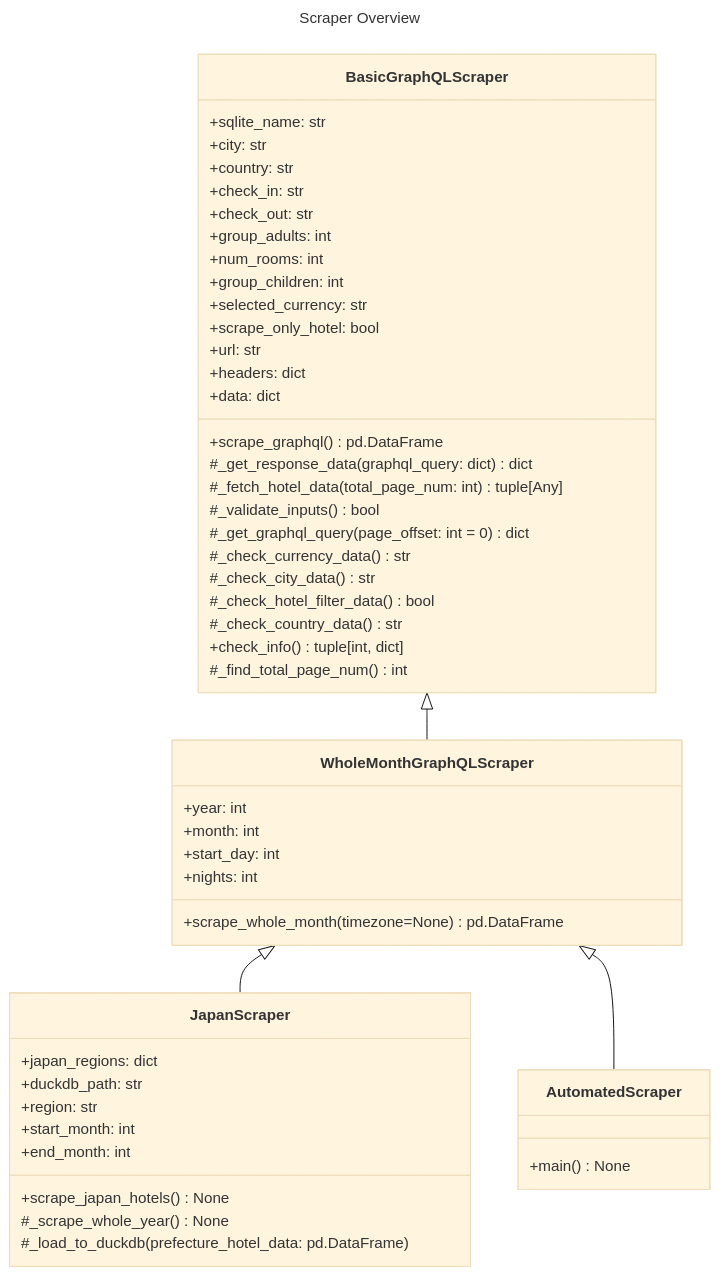
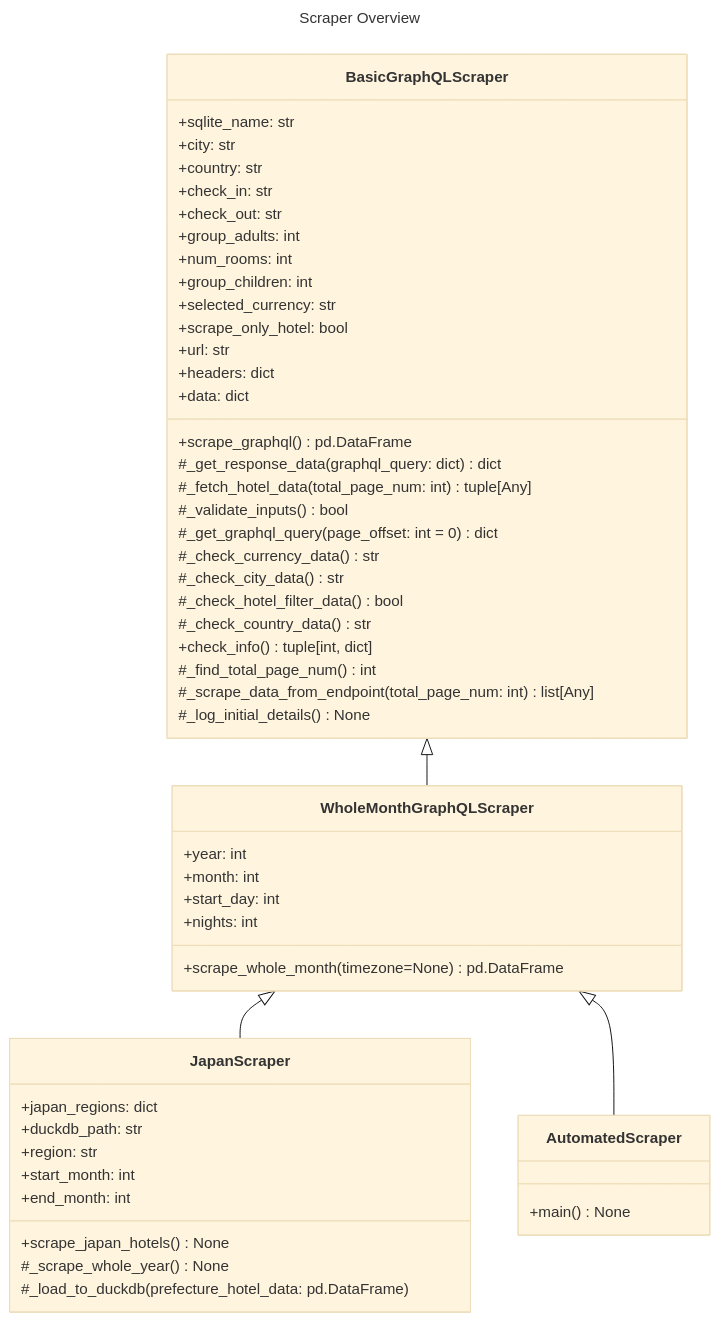
Before and after one commit to sakan811/Find-Osaka-Average-Hotel-Price: the diagram in docs/mermaid_charts/scraper.mermaid, drawn with Mermaid (base theme). The commit also changed 1 other file, not shown here.

Commit message:
docs: adjusted charts

```diff
--- a/docs/mermaid_charts/scraper.mermaid
+++ b/docs/mermaid_charts/scraper.mermaid
@@ -1,60 +1,62 @@
 ---
 title: Scraper Overview
 ---
 classDiagram
     class BasicGraphQLScraper {
         +sqlite_name: str
         +city: str
         +country: str
         +check_in: str
         +check_out: str
         +group_adults: int
         +num_rooms: int
         +group_children: int
         +selected_currency: str
         +scrape_only_hotel: bool
         +url: str
         +headers: dict
         +data: dict
         +scrape_graphql() pd.DataFrame
         #_get_response_data(graphql_query: dict) dict
         #_fetch_hotel_data(total_page_num: int) tuple[Any]
         #_validate_inputs() bool
         #_get_graphql_query(page_offset: int = 0) dict
         #_check_currency_data() str
         #_check_city_data() str
         #_check_hotel_filter_data() bool
         #_check_country_data() str
         +check_info() tuple[int, dict]
         #_find_total_page_num() int
+        #_scrape_data_from_endpoint(total_page_num: int) list[Any]
+        #_log_initial_details() None
     }
 
 
     class WholeMonthGraphQLScraper {
         +year: int
         +month: int
         +start_day: int
         +nights: int
 
         +scrape_whole_month(timezone=None) pd.DataFrame
     }
 
     class JapanScraper {
         +japan_regions: dict
         +duckdb_path: str
         +region: str
         +start_month: int
         +end_month: int
 
         +scrape_japan_hotels() None
         #_scrape_whole_year() None
         #_load_to_duckdb(prefecture_hotel_data: pd.DataFrame)
     }
 
     class AutomatedScraper {
         +main() None
     }
 
     BasicGraphQLScraper <|-- WholeMonthGraphQLScraper
     WholeMonthGraphQLScraper <|-- JapanScraper
     WholeMonthGraphQLScraper <|-- AutomatedScraper
```
